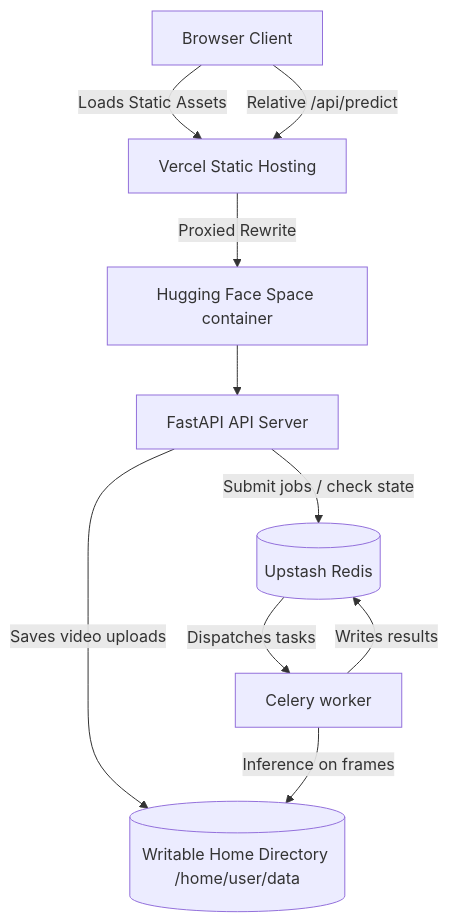
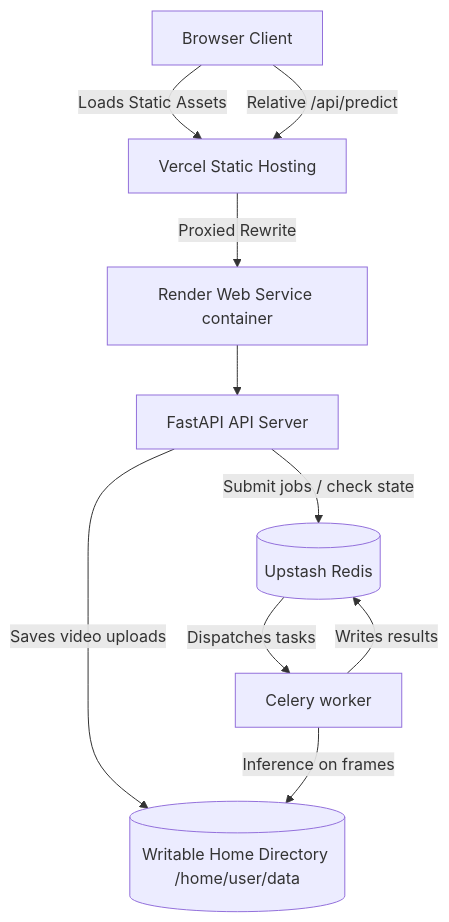
Before and after one commit to obstinix/deeptrace: the diagram in DEPLOYMENT.md, drawn with Mermaid. The commit also changed other lines of this file, not shown here.

Commit message:
docs: update DEPLOYMENT.md for Render backend target

````diff
--- a/DEPLOYMENT.md
+++ b/DEPLOYMENT.md
@@ -27,20 +27,20 @@
 ```mermaid
 graph TD
     Client[Browser Client]
     Vercel[Vercel Static Hosting]
-    HF[Hugging Face Space container]
+    Render[Render Web Service container]
     API[FastAPI API Server]
     Worker[Celery worker]
     Upstash[(Upstash Redis)]
     Disk[(Writable Home Directory /home/user/data)]
 
     Client -->|Loads Static Assets| Vercel
     Client -->|Relative /api/predict| Vercel
-    Vercel -->|Proxied Rewrite| HF
-    HF --> API
+    Vercel -->|Proxied Rewrite| Render
+    Render --> API
     API -->|Saves video uploads| Disk
     API -->|Submit jobs / check state| Upstash
     Upstash -->|Dispatches tasks| Worker
     Worker -->|Inference on frames| Disk
     Worker -->|Writes results| Upstash
 ```
````
